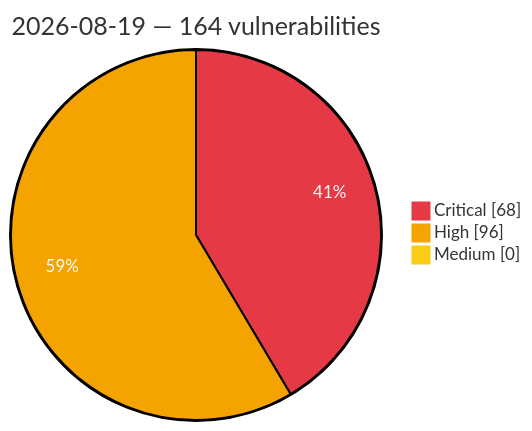
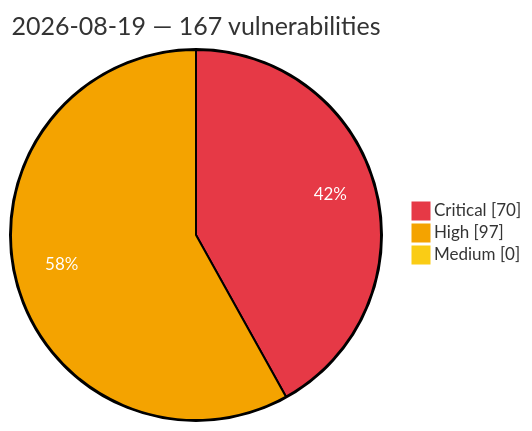
Before and after one commit to GhostX0X/vuln-tracker: the diagram in vulnerabilities/2026/August/2026-08-19.md, drawn with Mermaid. The commit also changed other lines of this file and 5 other files, not shown here.

Commit message:
Auto update: critical/high vulns (2026-08-19 23:58 UTC)

````diff
--- a/vulnerabilities/2026/August/2026-08-19.md
+++ b/vulnerabilities/2026/August/2026-08-19.md
@@ -3,8 +3,8 @@
 ```mermaid
 %%{init: {'theme':'base', 'themeVariables': {'pie1':'#e63946', 'pie2':'#f4a300', 'pie3':'#facc15', 'pieOpacity':'1', 'pieOuterStrokeWidth':'2px', 'pieSectionTextColor':'#ffffff'}}}%%
 pie showData
-    title 2026-08-19 — 164 vulnerabilities
-    "Critical" : 68
-    "High" : 96
+    title 2026-08-19 — 167 vulnerabilities
+    "Critical" : 70
+    "High" : 97
     "Medium" : 0
 ```
````
